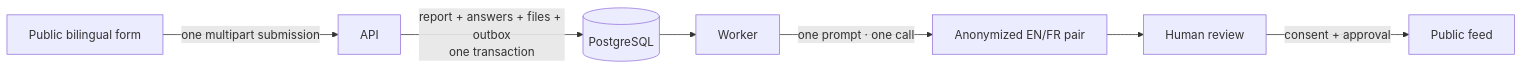
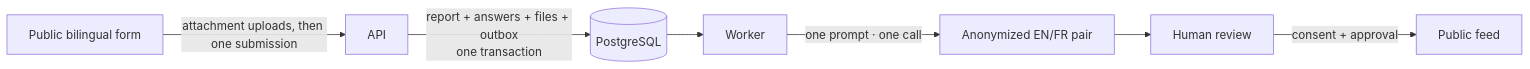
The diagram in README.md (HPAC-Safety/safety-report), drawn with Mermaid before and after one commit. The commit also changed other lines of this file and 98 other files, not shown here.

````diff
--- a/README.md
+++ b/README.md
@@ -66,9 +66,9 @@
 ```mermaid
 flowchart LR
-    form["Public bilingual form"] -->|"one multipart submission"| api["API"]
+    form["Public bilingual form"] -->|"attachment uploads, then one submission"| api["API"]
     api -->|"report + answers + files + outbox\none transaction"| db[("PostgreSQL")]
     db --> worker["Worker"]
     worker -->|"one prompt · one call"| pair["Anonymized EN/FR pair"]
     pair --> review["Human review"]
     review -->|"consent + approval"| public["Public feed"]
 ```
````
